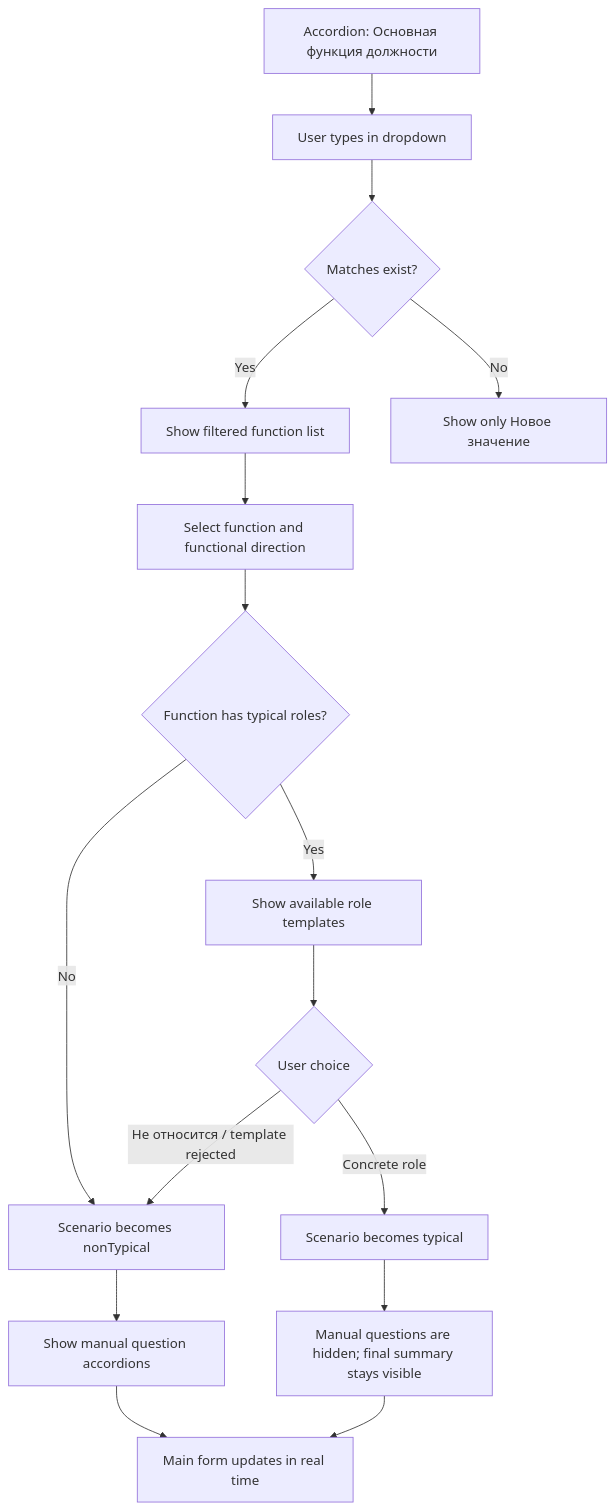
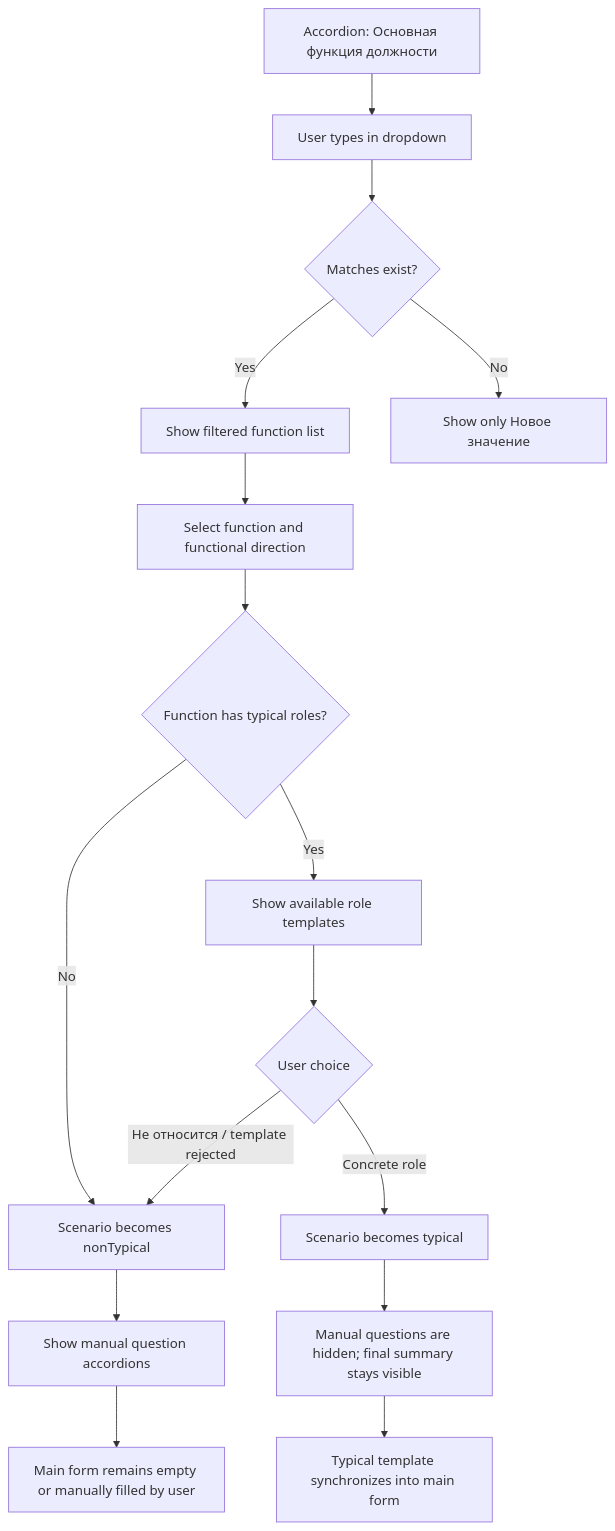
One commit to Anton-Sukhankin/HR-Profiling-Block changed the third of 7 diagrams in docs/components/profile-survey/user-flows.md. Above: the diagram before and after it, drawn with Mermaid. The commit also changed other lines of this file and 12 other files, not shown here.

````diff
--- a/docs/components/profile-survey/user-flows.md
+++ b/docs/components/profile-survey/user-flows.md
@@ -25,18 +27,18 @@
 ```mermaid
 flowchart TD
   A["Accordion: Основная функция должности"] --> B["User types in dropdown"]
   B --> C{"Matches exist?"}
   C -->|Yes| D["Show filtered function list"]
   C -->|No| E["Show only Новое значение"]
   D --> F["Select function and functional direction"]
   F --> G{"Function has typical roles?"}
   G -->|No| H["Scenario becomes nonTypical"]
   H --> I["Show manual question accordions"]
   G -->|Yes| J["Show available role templates"]
   J --> K{"User choice"}
   K -->|Concrete role| L["Scenario becomes typical"]
   L --> M["Manual questions are hidden; final summary stays visible"]
   K -->|Не относится / template rejected| H
-  I --> N["Main form updates in real time"]
-  M --> N
+  I --> N["Main form remains empty or manually filled by user"]
+  M --> O["Typical template synchronizes into main form"]
 ```
````
